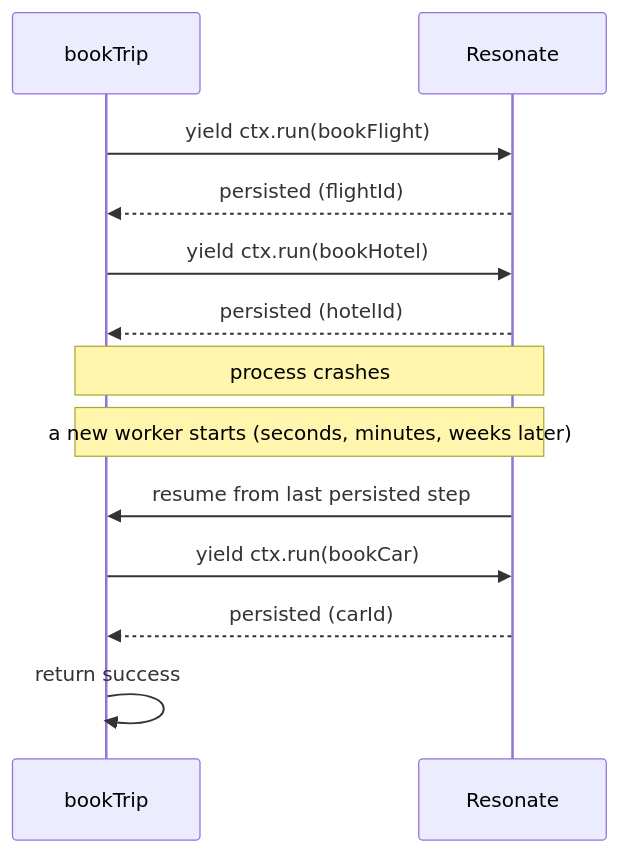
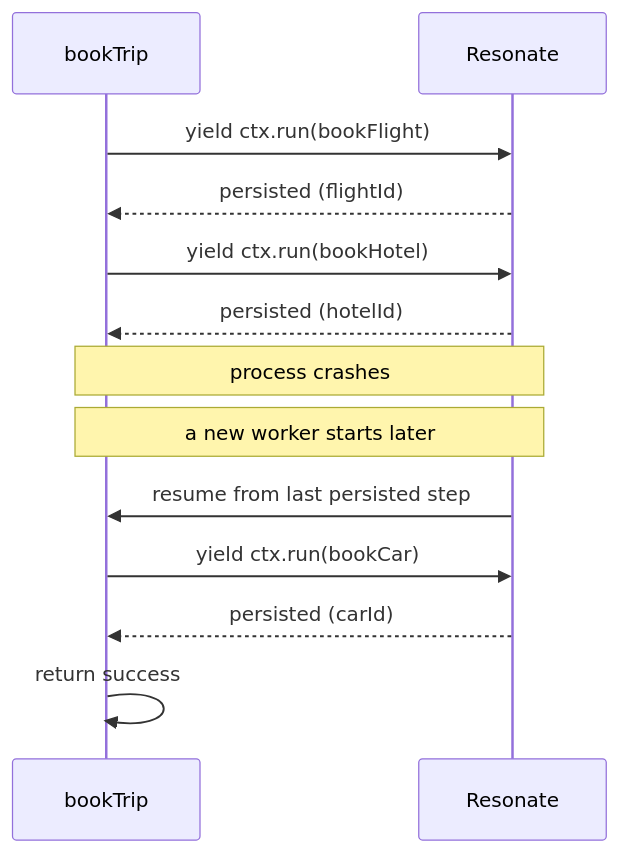
Before and after one commit to resonatehq-examples/.github: the diagram in profile/README.md, drawn with Mermaid. The commit also changed other lines of this file and 5 other files, not shown here.

````diff
--- a/profile/README.md
+++ b/profile/README.md
@@ -47,16 +72,16 @@
 ```mermaid
 sequenceDiagram
     participant App as bookTrip
     participant R as Resonate
 
     App->>R: yield ctx.run(bookFlight)
     R-->>App: persisted (flightId)
     App->>R: yield ctx.run(bookHotel)
     R-->>App: persisted (hotelId)
     Note over App,R: process crashes
-    Note over App,R: a new worker starts (seconds, minutes, weeks later)
+    Note over App,R: a new worker starts later
     R->>App: resume from last persisted step
     App->>R: yield ctx.run(bookCar)
     R-->>App: persisted (carId)
     App->>App: return success
 ```
````
